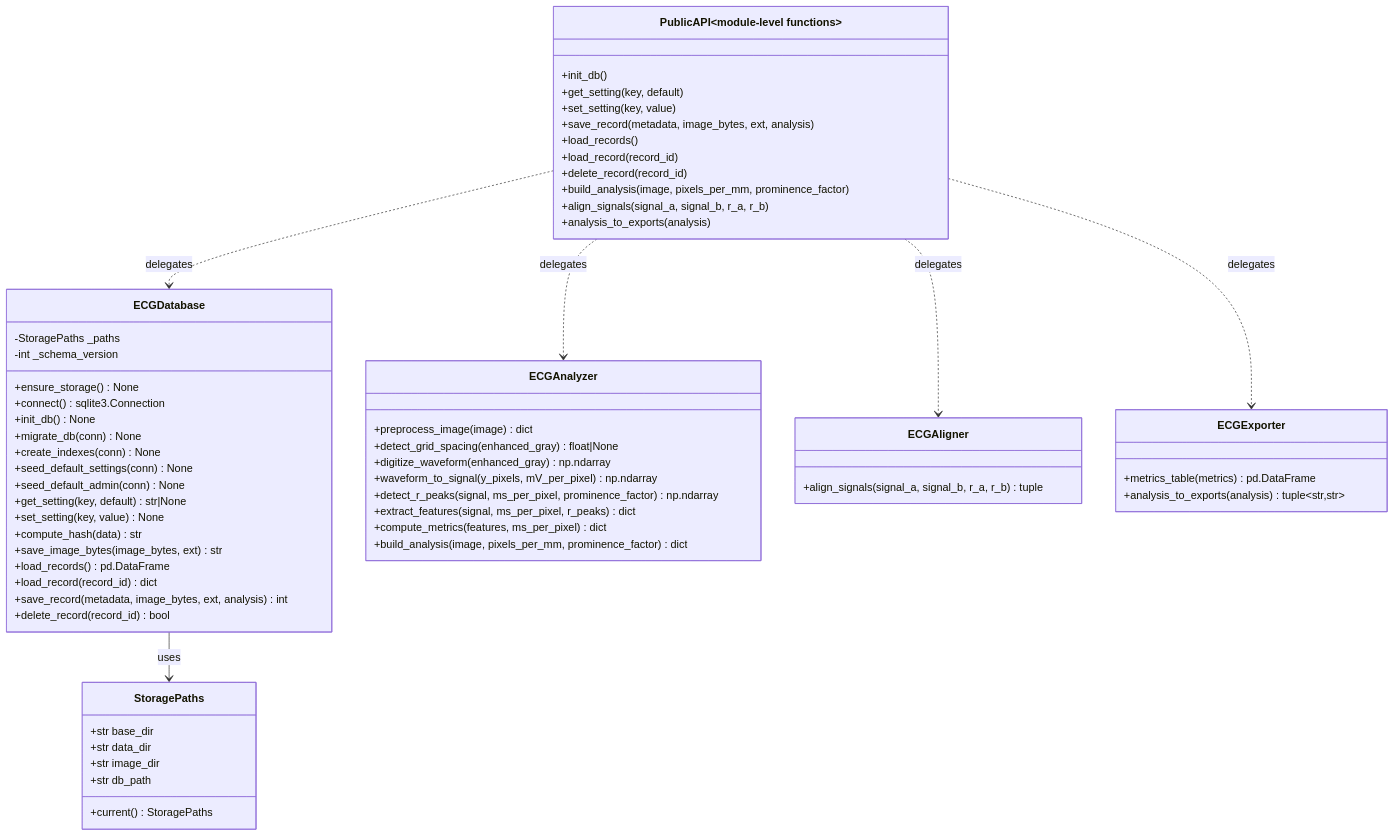
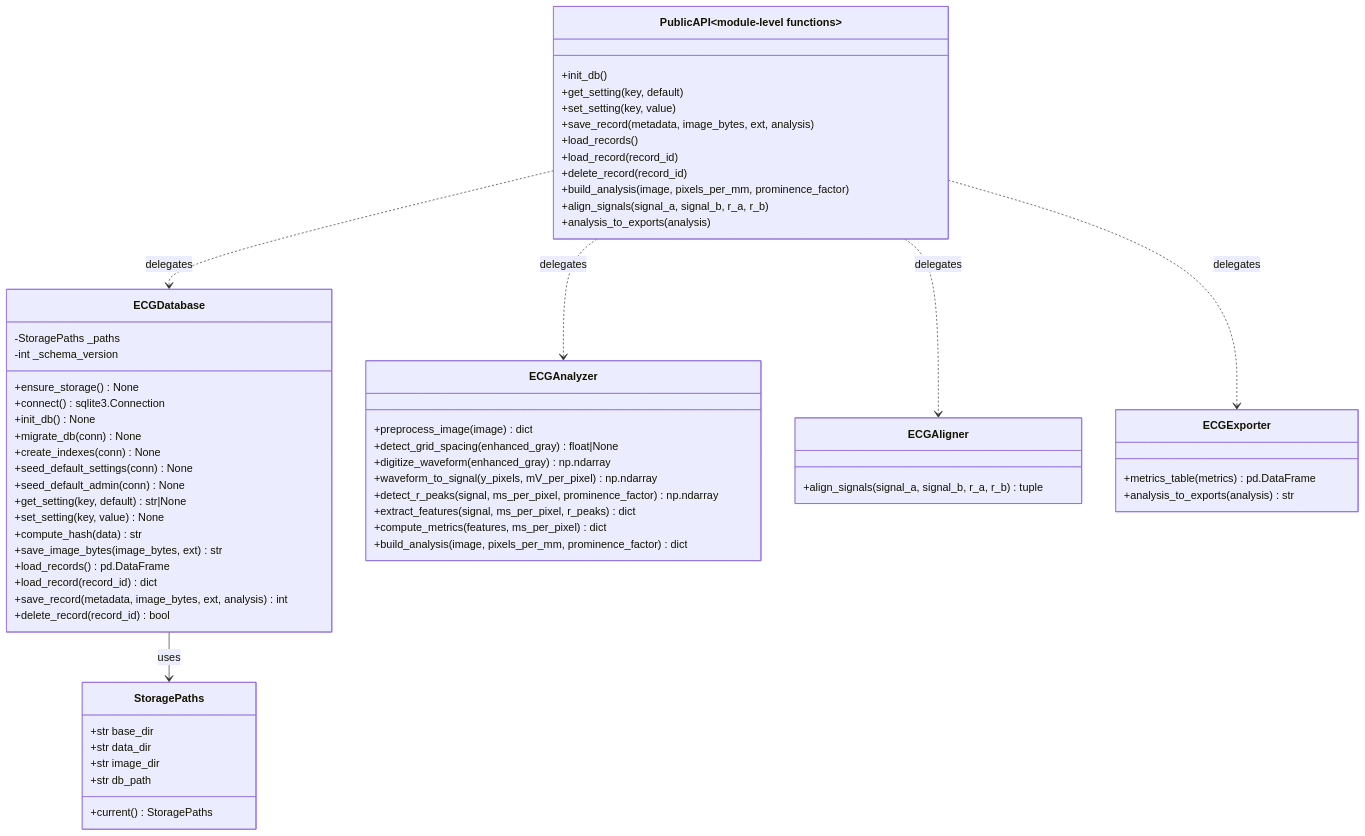
The first of 4 diagrams in DESIGN.md (maheshhatolkar/ECGComparisonPython), drawn with Mermaid before and after one commit. The commit also changed 13 other files, not shown here.

````diff
--- a/DESIGN.md
+++ b/DESIGN.md
@@ -47,69 +47,69 @@
 ```mermaid
 classDiagram
    class StoragePaths {
       +str base_dir
       +str data_dir
       +str image_dir
       +str db_path
       +current() StoragePaths
    }
 
    class ECGDatabase {
       -StoragePaths _paths
       -int _schema_version
       +ensure_storage() None
       +connect() sqlite3.Connection
       +init_db() None
       +migrate_db(conn) None
       +create_indexes(conn) None
       +seed_default_settings(conn) None
       +seed_default_admin(conn) None
       +get_setting(key, default) str|None
       +set_setting(key, value) None
       +compute_hash(data) str
       +save_image_bytes(image_bytes, ext) str
       +load_records() pd.DataFrame
       +load_record(record_id) dict
       +save_record(metadata, image_bytes, ext, analysis) int
       +delete_record(record_id) bool
    }
 
    class ECGAnalyzer {
       +preprocess_image(image) dict
       +detect_grid_spacing(enhanced_gray) float|None
       +digitize_waveform(enhanced_gray) np.ndarray
       +waveform_to_signal(y_pixels, mV_per_pixel) np.ndarray
       +detect_r_peaks(signal, ms_per_pixel, prominence_factor) np.ndarray
       +extract_features(signal, ms_per_pixel, r_peaks) dict
       +compute_metrics(features, ms_per_pixel) dict
       +build_analysis(image, pixels_per_mm, prominence_factor) dict
    }
 
    class ECGAligner {
       +align_signals(signal_a, signal_b, r_a, r_b) tuple
    }
 
-   class ECGExporter {
-      +metrics_table(metrics) pd.DataFrame
-      +analysis_to_exports(analysis) tuple~str,str~
-   }
+    class ECGExporter {
+       +metrics_table(metrics) pd.DataFrame
+       +analysis_to_exports(analysis) str
+    }
 
    class PublicAPI~module-level functions~ {
       +init_db()
       +get_setting(key, default)
       +set_setting(key, value)
       +save_record(metadata, image_bytes, ext, analysis)
       +load_records()
       +load_record(record_id)
       +delete_record(record_id)
       +build_analysis(image, pixels_per_mm, prominence_factor)
       +align_signals(signal_a, signal_b, r_a, r_b)
       +analysis_to_exports(analysis)
    }
 
    ECGDatabase --> StoragePaths : uses
    PublicAPI ..> ECGDatabase : delegates
    PublicAPI ..> ECGAnalyzer : delegates
    PublicAPI ..> ECGAligner : delegates
    PublicAPI ..> ECGExporter : delegates
 ```
````
